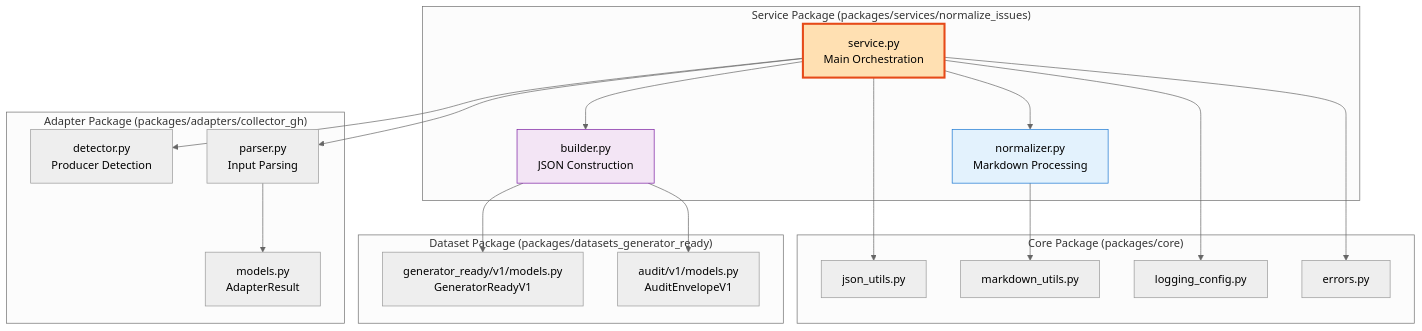
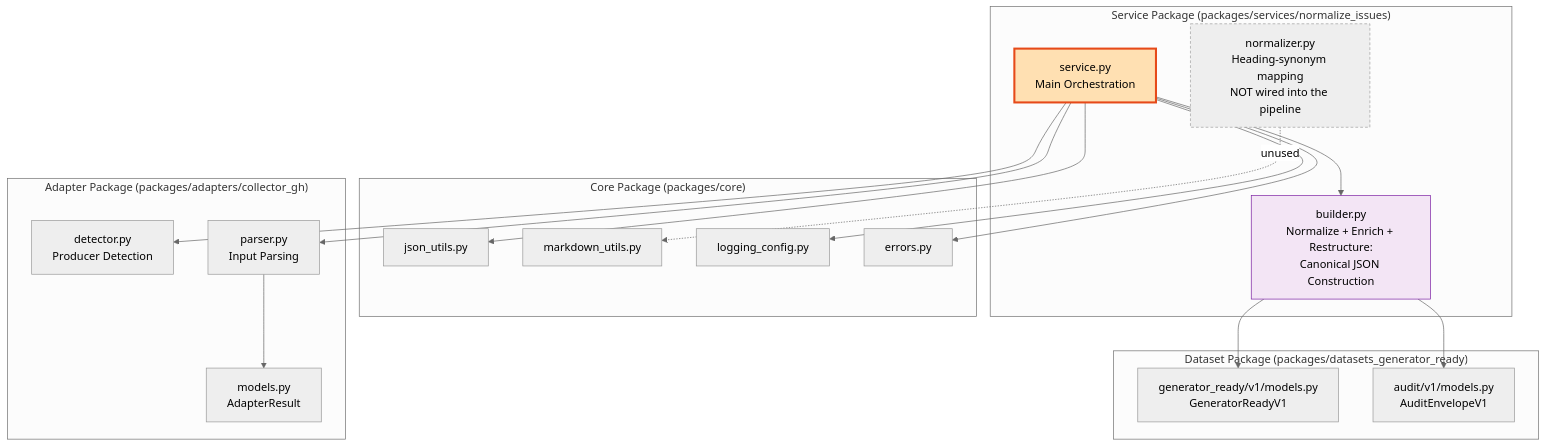
One commit to AbsaOSS/living-doc-toolkit changed the fifth of 11 diagrams in docs/architecture.md. Above: the diagram before and after it, drawn with Mermaid (neutral theme). The commit also changed other lines of this file and 1 other file, not shown here.

````diff
--- a/docs/architecture.md
+++ b/docs/architecture.md
@@ -224,45 +224,44 @@
 ```mermaid
 graph TB
     subgraph "Service Package (packages/services/normalize_issues)"
         ServiceEntry[service.py<br/>Main Orchestration]
-        Normalizer[normalizer.py<br/>Markdown Processing]
-        Builder[builder.py<br/>JSON Construction]
+        Builder[builder.py<br/>Normalize + Enrich + Restructure:<br/>Canonical JSON Construction]
+        Normalizer[normalizer.py<br/>Heading-synonym mapping<br/>NOT wired into the pipeline]
     end
     
     subgraph "Core Package (packages/core)"
         JsonUtils[json_utils.py]
         MarkdownUtils[markdown_utils.py]
         LoggingConfig[logging_config.py]
         Errors[errors.py]
     end
     
     subgraph "Adapter Package (packages/adapters/collector_gh)"
         Detector[detector.py<br/>Producer Detection]
         Parser[parser.py<br/>Input Parsing]
         AdapterModels[models.py<br/>AdapterResult]
     end
     
     subgraph "Dataset Package (packages/datasets_generator_ready)"
         GeneratorReadyModels[generator_ready/v1/models.py<br/>GeneratorReadyV1]
         AuditModels[audit/v1/models.py<br/>AuditEnvelopeV1]
     end
     
-    ServiceEntry --> Normalizer
     ServiceEntry --> Builder
     ServiceEntry --> Detector
     ServiceEntry --> Parser
     
-    Normalizer --> MarkdownUtils
+    Normalizer -.->|unused| MarkdownUtils
     Builder --> GeneratorReadyModels
     Builder --> AuditModels
     
     ServiceEntry --> JsonUtils
     ServiceEntry --> LoggingConfig
     ServiceEntry --> Errors
     
     Parser --> AdapterModels
     
     style ServiceEntry fill:#ffe0b2,stroke:#e64a19,stroke-width:3px
-    style Normalizer fill:#e3f2fd,stroke:#1976d2
+    style Normalizer fill:#eeeeee,stroke:#9e9e9e,stroke-dasharray:4 3
     style Builder fill:#f3e5f5,stroke:#7b1fa2
 ```
````
